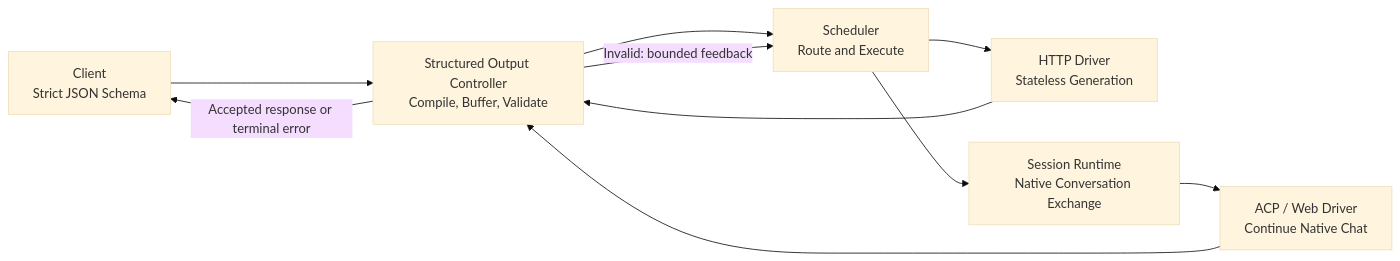
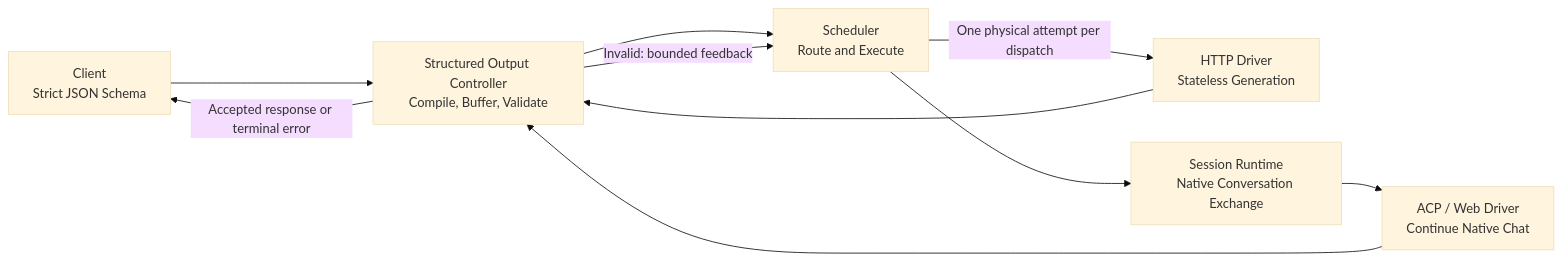
One commit to mytecor/llm-gateway changed the third of 4 diagrams in ARCHITECTURE.md. Above: the diagram before and after it, drawn with Mermaid (base theme). The commit also changed other lines of this file and 56 other files, not shown here.

Commit message:
feat(routing,scheduler): declarative models, per-request budget, and adaptive scheduling

````diff
--- a/ARCHITECTURE.md
+++ b/ARCHITECTURE.md
@@ -302,12 +315,12 @@
 ```mermaid
 flowchart LR
     Client["Client<br/>Strict JSON Schema"] --> Structured["Structured Output Controller<br/>Compile, Buffer, Validate"]
     Structured --> Scheduler["Scheduler<br/>Route and Execute"]
-    Scheduler --> HTTP["HTTP Driver<br/>Stateless Generation"]
+    Scheduler -->|One physical attempt per dispatch| HTTP["HTTP Driver<br/>Stateless Generation"]
     Scheduler --> Session["Session Runtime<br/>Native Conversation Exchange"]
     Session --> Native["ACP / Web Driver<br/>Continue Native Chat"]
     HTTP --> Structured
     Native --> Structured
     Structured -->|Invalid: bounded feedback| Scheduler
     Structured -->|Accepted response or terminal error| Client
 ```
````
